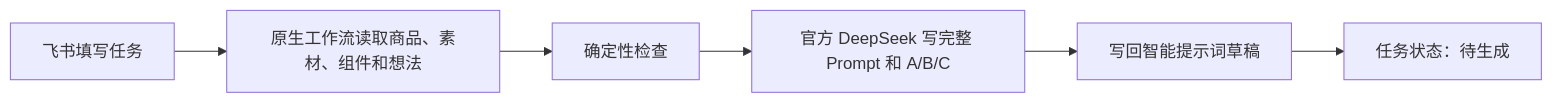
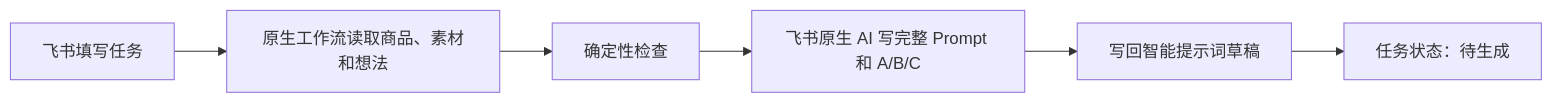
The diagram in README.md (frog-716/Image-Factory-V2), drawn with Mermaid before and after one commit. The commit also changed other lines of this file and 6 other files, not shown here.

````diff
--- a/README.md
+++ b/README.md
@@ -15,8 +15,8 @@
 ```mermaid
 flowchart LR
-    A[飞书填写任务] --> B[原生工作流读取商品、素材、组件和想法]
+    A[飞书填写任务] --> B[原生工作流读取商品、素材和想法]
     B --> C[确定性检查]
-    C --> D[官方 DeepSeek 写完整 Prompt 和 A/B/C]
+    C --> D[飞书原生 AI 写完整 Prompt 和 A/B/C]
     D --> E[写回智能提示词草稿]
     E --> F[任务状态：待生成]
 ```
````
